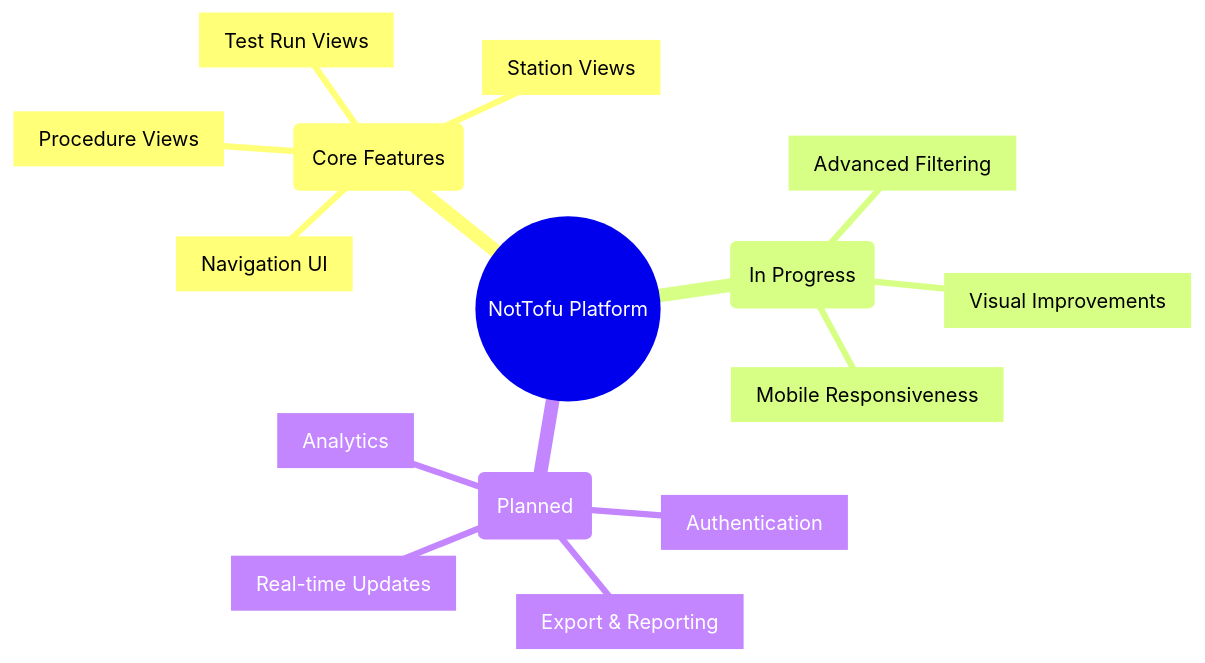
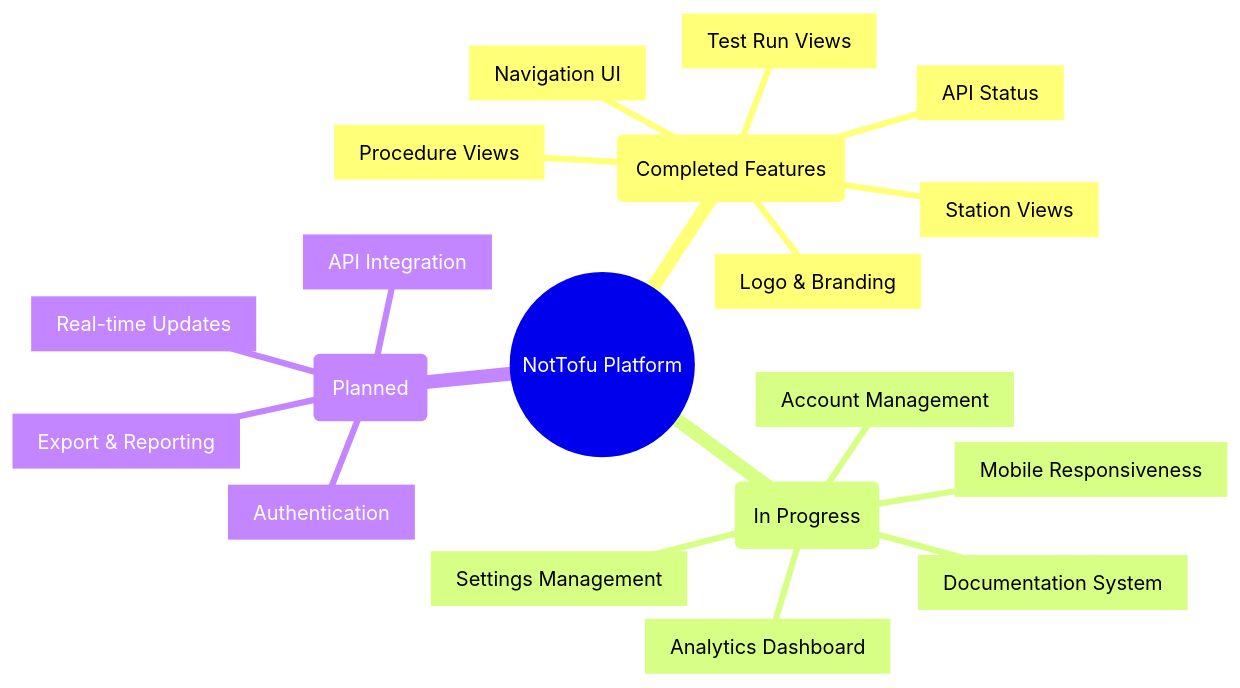
The second of 3 diagrams in docs/roadmap.md (mvalancy-mt/NotTofu), drawn with Mermaid before and after one commit. The commit also changed other lines of this file and 64 other files, not shown here.

````diff
--- a/docs/roadmap.md
+++ b/docs/roadmap.md
@@ -32,25 +36,33 @@
 ```mermaid
 mindmap
   root((NotTofu Platform))
-    (Core Features)
+    (Completed Features)
       [Navigation UI]
         ::icon(fa fa-check)
       [Test Run Views]
         ::icon(fa fa-check)
       [Station Views]
         ::icon(fa fa-check)
       [Procedure Views]
         ::icon(fa fa-check)
+      [API Status]
+        ::icon(fa fa-check)
+      [Logo & Branding]
+        ::icon(fa fa-check)
     (In Progress)
-      [Advanced Filtering]
+      [Analytics Dashboard]
         ::icon(fa fa-spinner)
-      [Visual Improvements]
+      [Documentation System]
+        ::icon(fa fa-spinner)
+      [Settings Management]
+        ::icon(fa fa-spinner)
+      [Account Management]
         ::icon(fa fa-spinner)
       [Mobile Responsiveness]
         ::icon(fa fa-spinner)
     (Planned)
       [Authentication]
       [Export & Reporting]
-      [Analytics]
       [Real-time Updates]
+      [API Integration]
 ```
````
